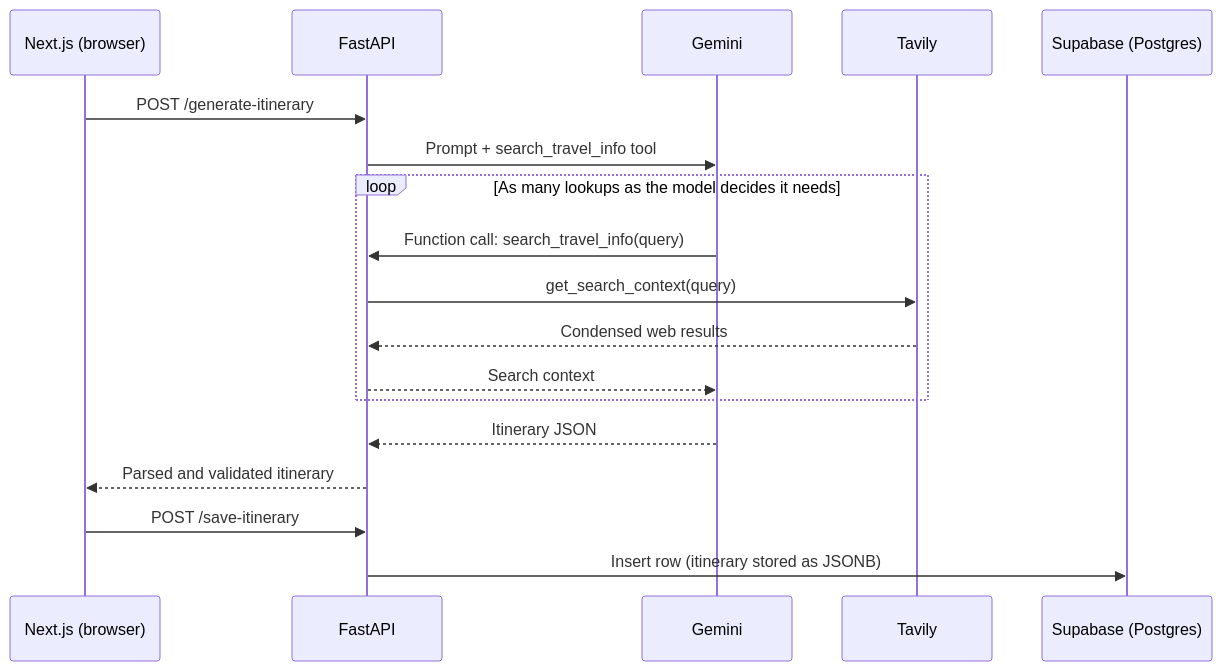
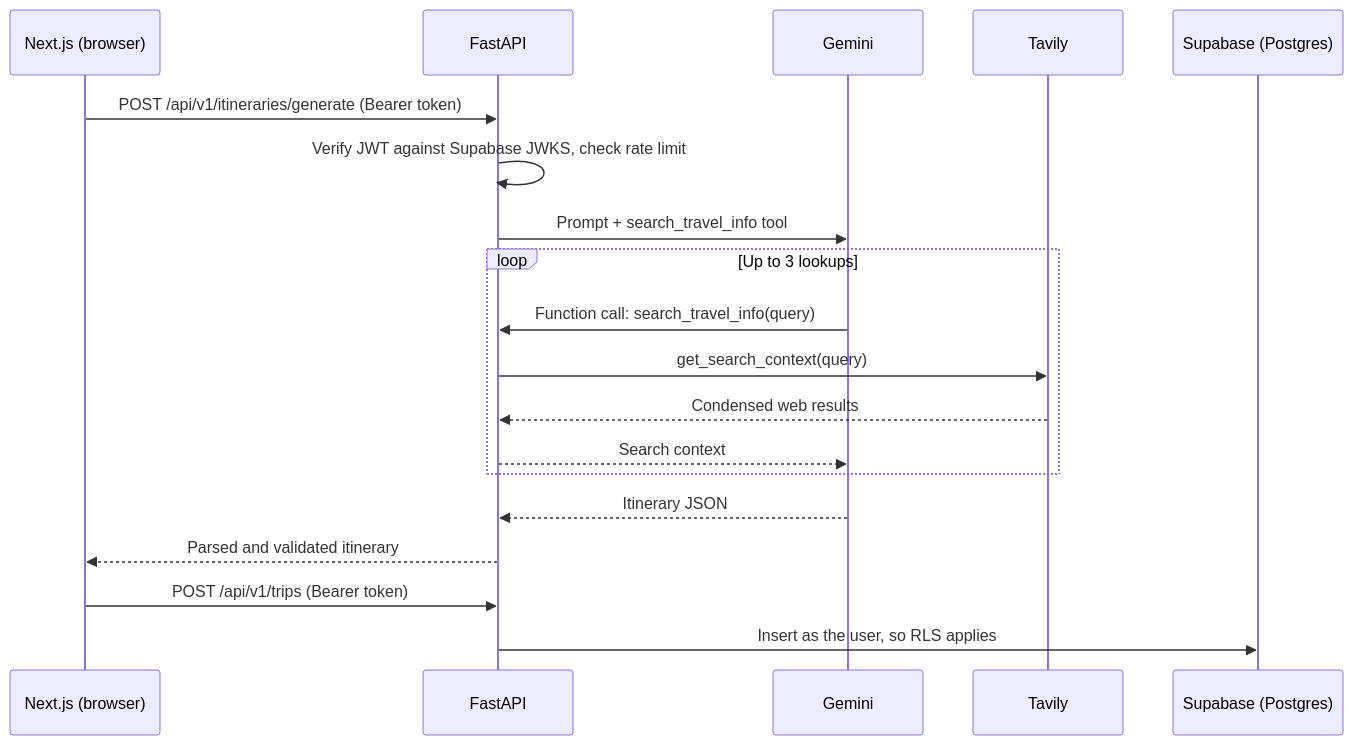
One commit to Anjitha-B/WanderMind changed the diagram in README.md. Above: the diagram before and after it, drawn with Mermaid. The commit also changed other lines of this file and 54 other files, not shown here.

````diff
--- a/README.md
+++ b/README.md
@@ -32,21 +32,22 @@
 ```mermaid
 sequenceDiagram
     participant U as Next.js (browser)
     participant API as FastAPI
     participant G as Gemini
     participant T as Tavily
     participant DB as Supabase (Postgres)
 
-    U->>API: POST /generate-itinerary
+    U->>API: POST /api/v1/itineraries/generate (Bearer token)
+    API->>API: Verify JWT against Supabase JWKS, check rate limit
     API->>G: Prompt + search_travel_info tool
-    loop As many lookups as the model decides it needs
+    loop Up to 3 lookups
         G->>API: Function call: search_travel_info(query)
         API->>T: get_search_context(query)
         T-->>API: Condensed web results
         API-->>G: Search context
     end
     G-->>API: Itinerary JSON
     API-->>U: Parsed and validated itinerary
-    U->>API: POST /save-itinerary
-    API->>DB: Insert row (itinerary stored as JSONB)
+    U->>API: POST /api/v1/trips (Bearer token)
+    API->>DB: Insert as the user, so RLS applies
 ```
````
